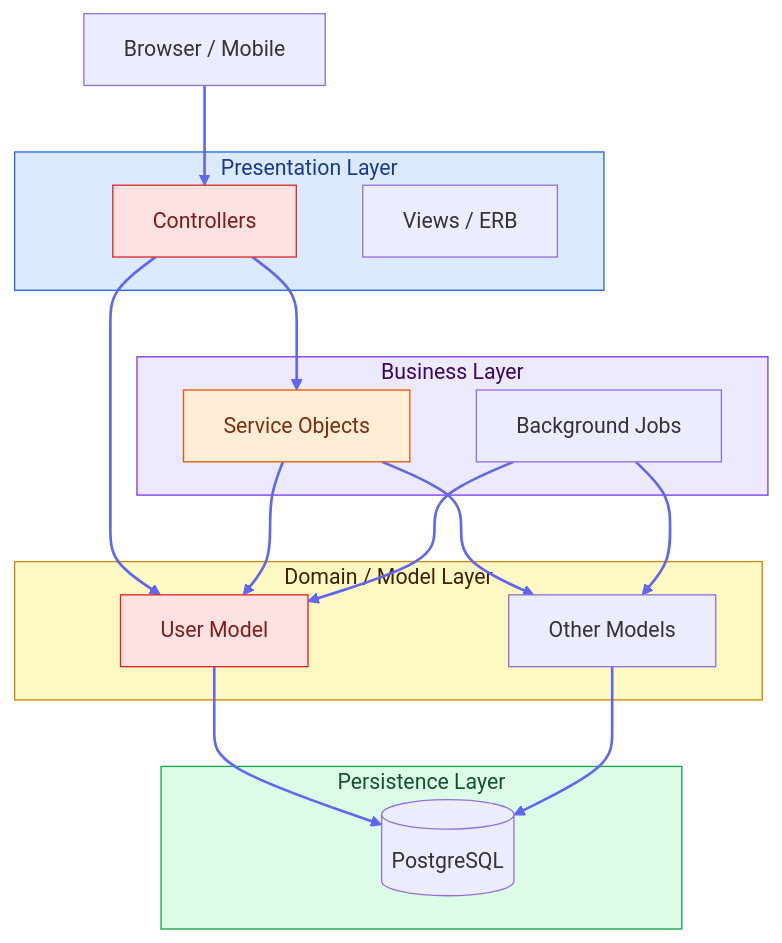
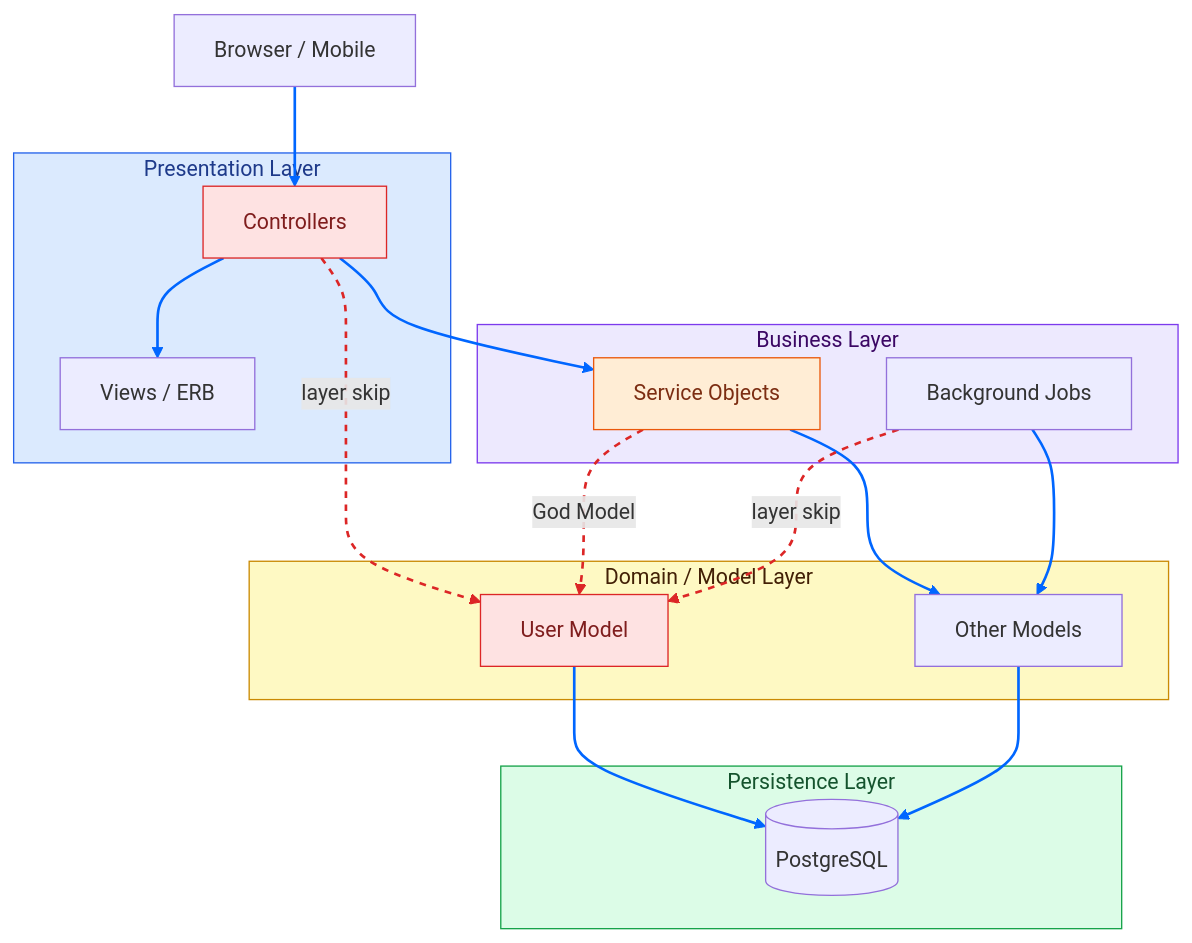
The diagram in books/fundamentals-of-software-architecture/diagrams/03-synergym-layered-topology.md (ozzgio/swbook-labs), drawn with Mermaid before and after one commit. The commit also changed other lines of this file and 4 other files, not shown here.

First line of the commit message:
feat: establish diagram style standard, apply to all diagrams

````diff
--- a/books/fundamentals-of-software-architecture/diagrams/03-synergym-layered-topology.md
+++ b/books/fundamentals-of-software-architecture/diagrams/03-synergym-layered-topology.md
@@ -7,43 +7,46 @@
 ```mermaid
 flowchart TD
     Browser["Browser / Mobile"]
 
     subgraph PRESENTATION["Presentation Layer"]
         CTRL["Controllers"]
         VIEWS["Views / ERB"]
     end
 
     subgraph BUSINESS["Business Layer"]
         SVC["Service Objects"]
         JOBS["Background Jobs"]
     end
 
     subgraph DOMAIN["Domain / Model Layer"]
         USER["User Model"]
         MODELS["Other Models"]
     end
 
     subgraph PERSISTENCE["Persistence Layer"]
         DB[("PostgreSQL")]
     end
 
     Browser --> CTRL
+    CTRL --> VIEWS
     CTRL --> SVC
-    CTRL --> USER
-    SVC --> USER
     SVC --> MODELS
-    JOBS --> USER
     JOBS --> MODELS
     USER --> DB
     MODELS --> DB
 
-    linkStyle 0,1,2,3,4,5,6,7,8 stroke:#6366f1,stroke-width:2px
+    CTRL -.->|"layer skip"| USER
+    SVC -.->|"God Model"| USER
+    JOBS -.->|"layer skip"| USER
+
+    linkStyle 0,1,2,3,4,5,6 stroke:#0066ff,stroke-width:2px
+    linkStyle 7,8,9 stroke:#dc2626,stroke-width:2px,stroke-dasharray:5 5
 
     style PRESENTATION fill:#dbeafe,stroke:#2563eb,color:#1e3a8a
     style BUSINESS fill:#ede9fe,stroke:#7c3aed,color:#3b0764
     style DOMAIN fill:#fef9c3,stroke:#ca8a04,color:#422006
     style PERSISTENCE fill:#dcfce7,stroke:#16a34a,color:#14532d
     style USER fill:#fee2e2,stroke:#dc2626,color:#7f1d1d
     style CTRL fill:#fee2e2,stroke:#dc2626,color:#7f1d1d
     style SVC fill:#ffedd5,stroke:#ea580c,color:#7c2d12
 ```
````
